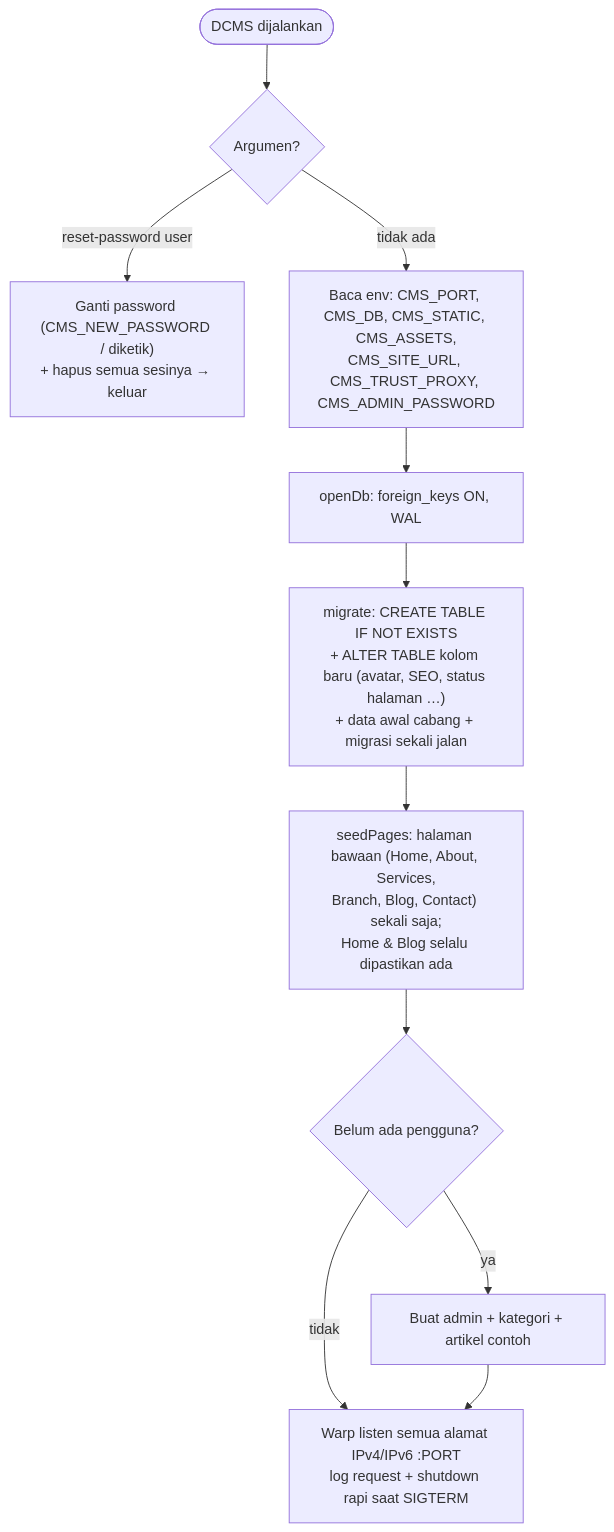
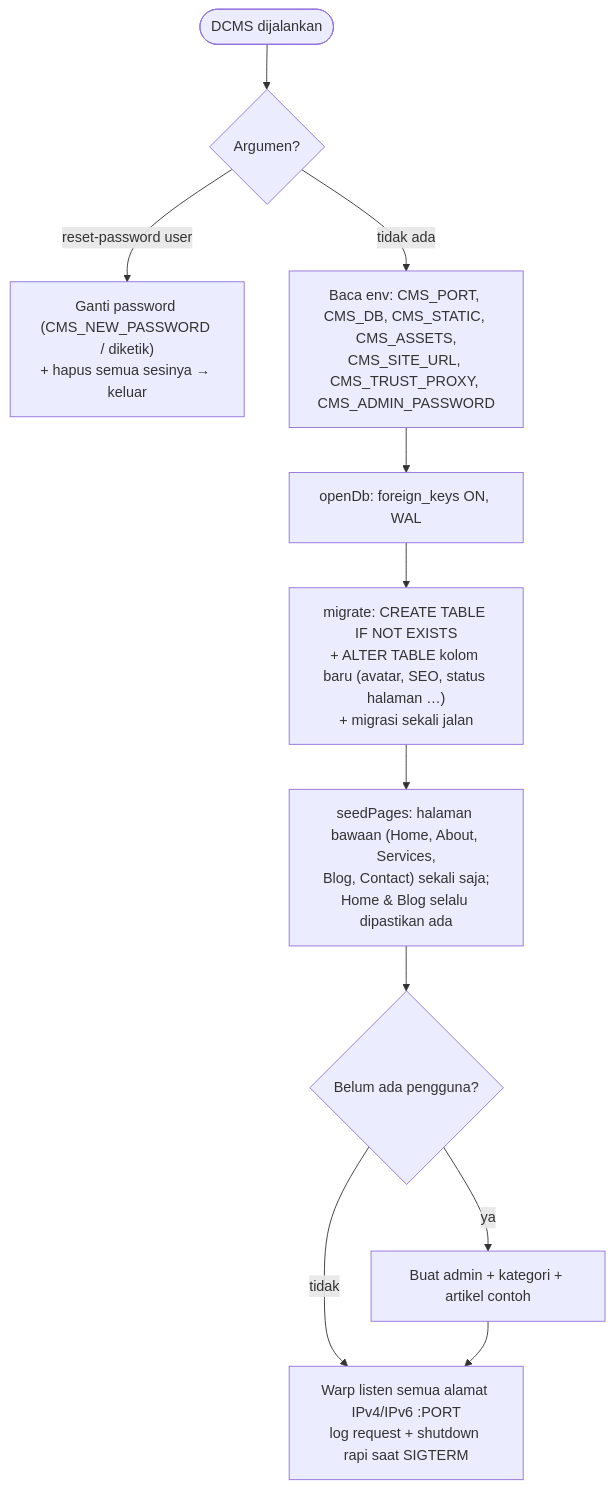
Diagram 15 of 15 in README.md (alvarezyrh/DCMS), drawn with Mermaid before and after one commit. The commit also changed other lines of this file and 25 other files, not shown here.

````diff
--- a/README.md
+++ b/README.md
@@ -692,13 +694,13 @@
 ```mermaid
 flowchart TD
     S(["DCMS dijalankan"]) --> AR{"Argumen?"}
     AR -- "reset-password user" --> RP["Ganti password (CMS_NEW_PASSWORD / diketik)<br/>+ hapus semua sesinya → keluar"]
     AR -- tidak ada --> ENV["Baca env: CMS_PORT, CMS_DB, CMS_STATIC, CMS_ASSETS,<br/>CMS_SITE_URL, CMS_TRUST_PROXY, CMS_ADMIN_PASSWORD"]
     ENV --> OD["openDb: foreign_keys ON, WAL"]
-    OD --> MG["migrate: CREATE TABLE IF NOT EXISTS<br/>+ ALTER TABLE kolom baru (avatar, SEO, status halaman …)<br/>+ data awal cabang + migrasi sekali jalan"]
-    MG --> SP["seedPages: halaman bawaan (Home, About, Services,<br/>Branch, Blog, Contact) sekali saja;<br/>Home & Blog selalu dipastikan ada"]
+    OD --> MG["migrate: CREATE TABLE IF NOT EXISTS<br/>+ ALTER TABLE kolom baru (avatar, SEO, status halaman …)<br/>+ migrasi sekali jalan"]
+    MG --> SP["seedPages: halaman bawaan (Home, About, Services,<br/>Blog, Contact) sekali saja;<br/>Home & Blog selalu dipastikan ada"]
     SP --> SE{"Belum ada pengguna?"}
     SE -- ya --> AD["Buat admin + kategori + artikel contoh"]
     SE -- tidak --> RUN
     AD --> RUN["Warp listen semua alamat IPv4/IPv6 :PORT<br/>log request + shutdown rapi saat SIGTERM"]
 ```
````
